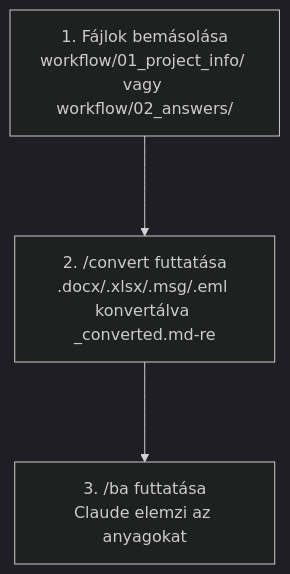
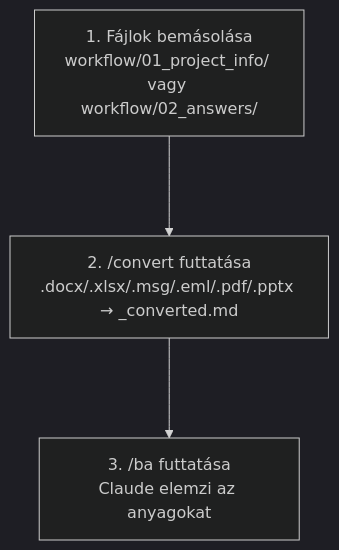
Before and after one commit to exphoenee/ba-team-docs: the diagram in .claude/skills/convert/README.md, drawn with Mermaid (dark theme). The commit also changed other lines of this file and 19 other files, not shown here.

````diff
--- a/.claude/skills/convert/README.md
+++ b/.claude/skills/convert/README.md
@@ -80,6 +99,6 @@
 ```mermaid
 %%{init: {'flowchart': { 'nodeSpacing': 50, 'rankSpacing': 100 } }}%%
 flowchart TD
-    A["1. Fájlok bemásolása\nworkflow/01_project_info/ vagy workflow/02_answers/"] --> B["2. /convert futtatása\n.docx/.xlsx/.msg/.eml konvertálva _converted.md-re"]
+    A["1. Fájlok bemásolása\nworkflow/01_project_info/ vagy workflow/02_answers/"] --> B["2. /convert futtatása\n.docx/.xlsx/.msg/.eml/.pdf/.pptx → _converted.md"]
     B --> C["3. /ba futtatása\nClaude elemzi az anyagokat"]
 ```
````
